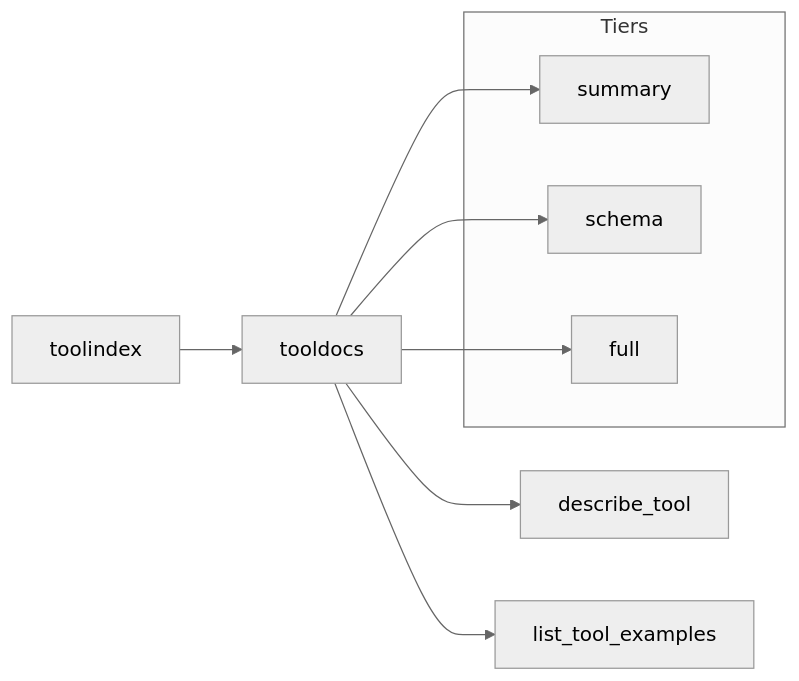
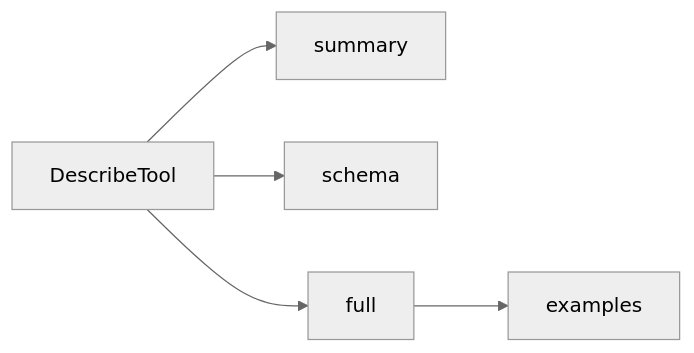
The first of 2 diagrams in docs/architecture.md (jonwraymond/tooldocs), drawn with Mermaid (neutral theme) before and after one commit. The commit also changed other lines of this file and 1 other file, not shown here.

Commit message:
Refine documentation diagrams

````diff
--- a/docs/architecture.md
+++ b/docs/architecture.md
@@ -6,15 +8,7 @@
 ```mermaid
 flowchart LR
-  A[toolindex] --> B[tooldocs]
-  B --> C[describe_tool]
-  B --> D[list_tool_examples]
-
-  subgraph Tiers
-    S[summary]
-    H[schema]
-    F[full]
-  end
-  B --> S
-  B --> H
-  B --> F
+  A[DescribeTool] --> B[summary]
+  A --> C[schema]
+  A --> D[full]
+  D --> E[examples]
 ```
````
